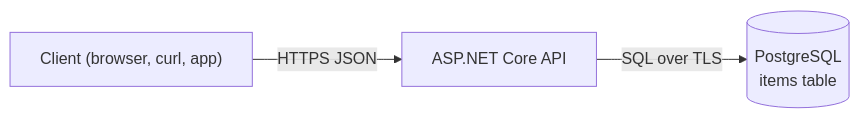
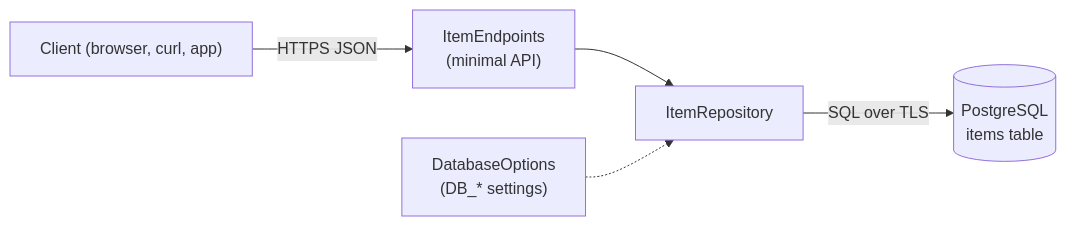
One commit to light-cloud-com/templates changed the diagram in starters/crud-api-aspnet/README.md. Above: the diagram before and after it, drawn with Mermaid. The commit also changed other lines of this file and 17 other files, not shown here.

First line of the commit message:
ASP.NET Core 10 CRUD REST API starter with PostgreSQL for C#, with repository and xUnit tests

````diff
--- a/starters/crud-api-aspnet/README.md
+++ b/starters/crud-api-aspnet/README.md
@@ -9,5 +9,7 @@
 ```mermaid
 flowchart LR
-    client["Client (browser, curl, app)"] -->|HTTPS JSON| api["ASP.NET Core API"]
-    api -->|SQL over TLS| db[("PostgreSQL<br/>items table")]
+    client["Client (browser, curl, app)"] -->|HTTPS JSON| endpoints["ItemEndpoints<br/>(minimal API)"]
+    endpoints --> repo["ItemRepository"]
+    repo -->|SQL over TLS| db[("PostgreSQL<br/>items table")]
+    options["DatabaseOptions<br/>(DB_* settings)"] -.-> repo
 ```
````
